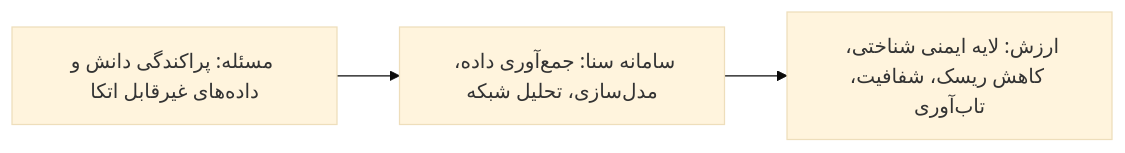
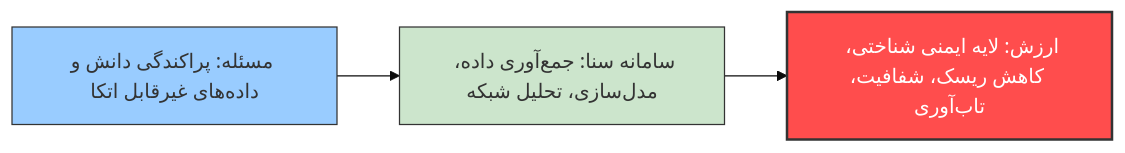
The first of 3 diagrams in presentation/EliteNetwork.md (MohammadReza-B/hadisadoghiyazdi1971.github.io), drawn with Mermaid (base theme) before and after one commit. The commit also changed other lines of this file, not shown here.

````diff
--- a/presentation/EliteNetwork.md
+++ b/presentation/EliteNetwork.md
@@ -19,5 +19,8 @@
 ```mermaid
 graph LR
-    P[مسئله: پراکندگی دانش و داده‌های غیرقابل اتکا] --> S[سامانه سنا: جمع‌آوری داده، مدل‌سازی، تحلیل شبکه]
-    S --> V[ارزش: لایه ایمنی شناختی، کاهش ریسک، شفافیت، تاب‌آوری]
+    P["مسئله: پراکندگی دانش و داده‌های غیرقابل اتکا"] --> S["سامانه سنا: جمع‌آوری داده، مدل‌سازی، تحلیل شبکه"]
+    S --> V["ارزش: لایه ایمنی شناختی، کاهش ریسک، شفافیت، تاب‌آوری"]
+    style P fill:#99ccff,stroke:#333
+    style S fill:#cce5cc,stroke:#333
+    style V fill:#ff4d4d,stroke:#333,stroke-width:2px,color:#fff
 ```
````
